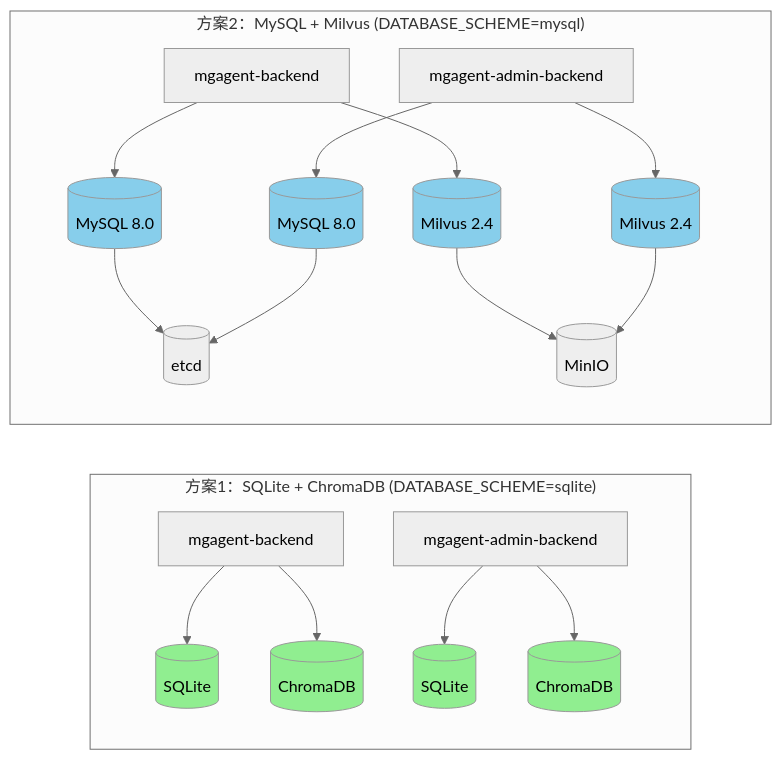
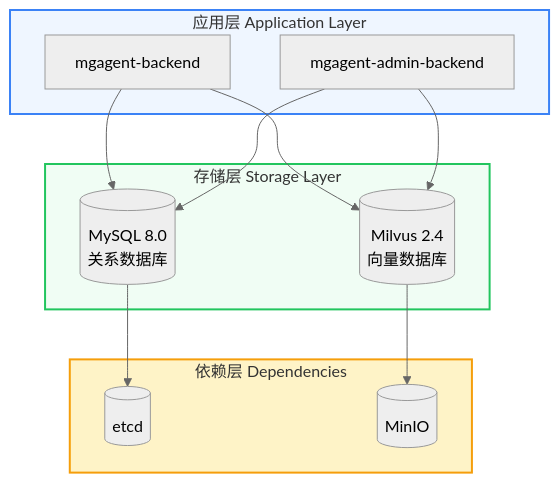
Before and after one commit to xmgfy/MGAgent: the second of 2 diagrams in website/docs/architecture/dual-stack.md, drawn with Mermaid (neutral theme). The commit also changed other lines of this file and 67 other files, not shown here.

````diff
--- a/website/docs/architecture/dual-stack.md
+++ b/website/docs/architecture/dual-stack.md
@@ -27,29 +55,32 @@
 ```mermaid
-flowchart LR
-    subgraph "方案1：SQLite + ChromaDB (DATABASE_SCHEME=sqlite)"
-        direction TB
-        A1[mgagent-backend] --> B1[(SQLite)]
-        A1 --> C1[(ChromaDB)]
-        A2[mgagent-admin-backend] --> B2[(SQLite)]
-        A2 --> C2[(ChromaDB)]
+flowchart TB
+    subgraph L3["应用层 Application Layer"]
+        D1[mgagent-backend]
+        D2[mgagent-admin-backend]
     end
 
-    subgraph "方案2：MySQL + Milvus (DATABASE_SCHEME=mysql)"
-        direction TB
-        D1[mgagent-backend] --> E1[(MySQL 8.0)]
-        D1 --> F1[(Milvus 2.4)]
-        D2[mgagent-admin-backend] --> E2[(MySQL 8.0)]
-        D2 --> F2[(Milvus 2.4)]
-        E1 & E2 --> G[(etcd)]
-        F1 & F2 --> H[(MinIO)]
+    subgraph L4["存储层 Storage Layer"]
+        E1[("MySQL 8.0<br/>关系数据库")]
+        F1[("Milvus 2.4<br/>向量数据库")]
     end
 
-    style B1 fill:#90EE90
-    style C1 fill:#90EE90
-    style B2 fill:#90EE90
-    style C2 fill:#90EE90
-    style E1 fill:#87CEEB
-    style F1 fill:#87CEEB
-    style E2 fill:#87CEEB
-    style F2 fill:#87CEEB
+    subgraph L5["依赖层 Dependencies"]
+        G[("etcd")]
+        H[("MinIO")]
+    end
+
+    D1 --> E1
+    D1 --> F1
+    D2 --> E1
+    D2 --> F1
+    E1 --> G
+    F1 --> H
+
+    classDef appLayer fill:#eff6ff,stroke:#3b82f6,stroke-width:2px
+    classDef storageLayer fill:#f0fdf4,stroke:#22c55e,stroke-width:2px
+    classDef dependencyLayer fill:#fef3c7,stroke:#f59e0b,stroke-width:2px
+
+    class L3 appLayer
+    class L4 storageLayer
+    class L5 dependencyLayer
 ```
````
